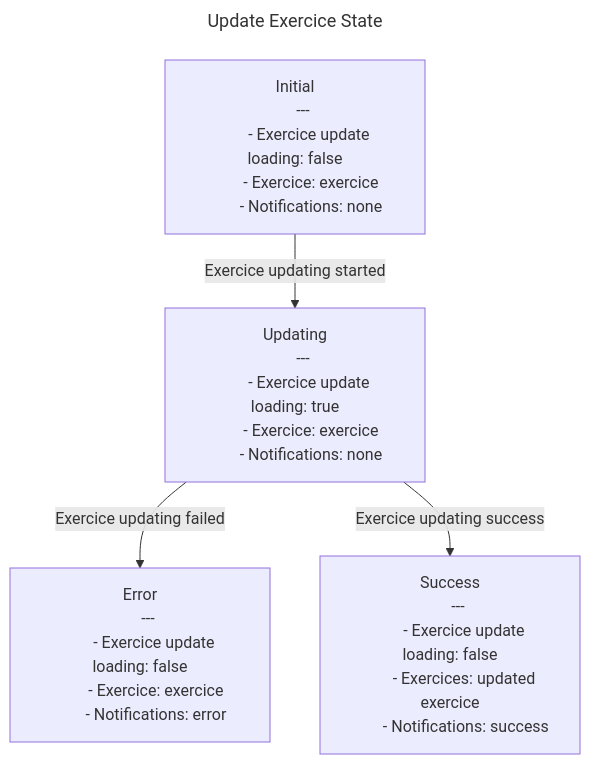
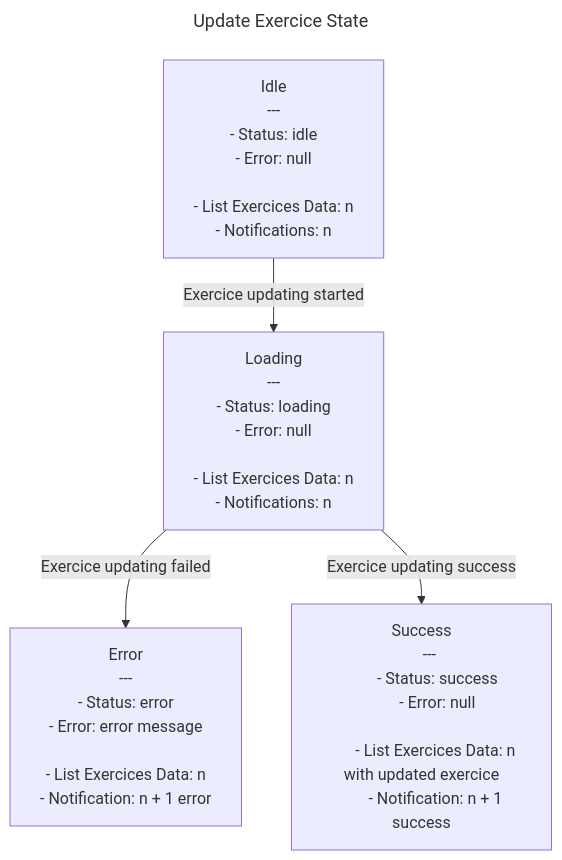
One commit to davidroberto/react-redux-clean-architecture-tdd-eda-vertical-slices changed the diagram in src/exercice/features/update-exercice/update-exercice.state-machine.md. Above: the diagram before and after it, drawn with Mermaid. The commit also changed 27 other files, not shown here.

Commit message:
refactor: update state tree with with better application model: data / status / error

````diff
--- a/src/exercice/features/update-exercice/update-exercice.state-machine.md
+++ b/src/exercice/features/update-exercice/update-exercice.state-machine.md
@@ -1,42 +1,50 @@
 ```mermaid
 ---
 title: Update Exercice State
 ---
 flowchart TD
 
 A[
-    Initial
+    Idle
     ---
-        - Exercice update loading: false
-        - Exercice: exercice
-        - Notifications: none
+        - Status: idle
+        - Error: null
+    
+        - List Exercices Data: n
+        - Notifications: n
 ]
 
 B[
-    Updating
+    Loading
     ---
-        - Exercice update loading: true
-        - Exercice: exercice
-        - Notifications: none
+        - Status: loading
+        - Error: null
+    
+        - List Exercices Data: n
+        - Notifications: n
 ]
 
 C[
     Error
     ---
-        - Exercice update loading: false
-        - Exercice: exercice
-        - Notifications: error
-]
+        - Status: error
+        - Error: error message
+    
+        - List Exercices Data: n
+        - Notification: n + 1 error
+    ]
 
 D[
     Success
     ---
-        - Exercice update loading: false
-        - Exercices: updated exercice
-        - Notifications: success
+        - Status: success
+        - Error: null
+    
+        - List Exercices Data: n with updated exercice
+        - Notification: n + 1 success
 ]
 
 A -->|Exercice updating started|B
 B -->|Exercice updating failed|C
 B -->|Exercice updating success|D
 ```
````
